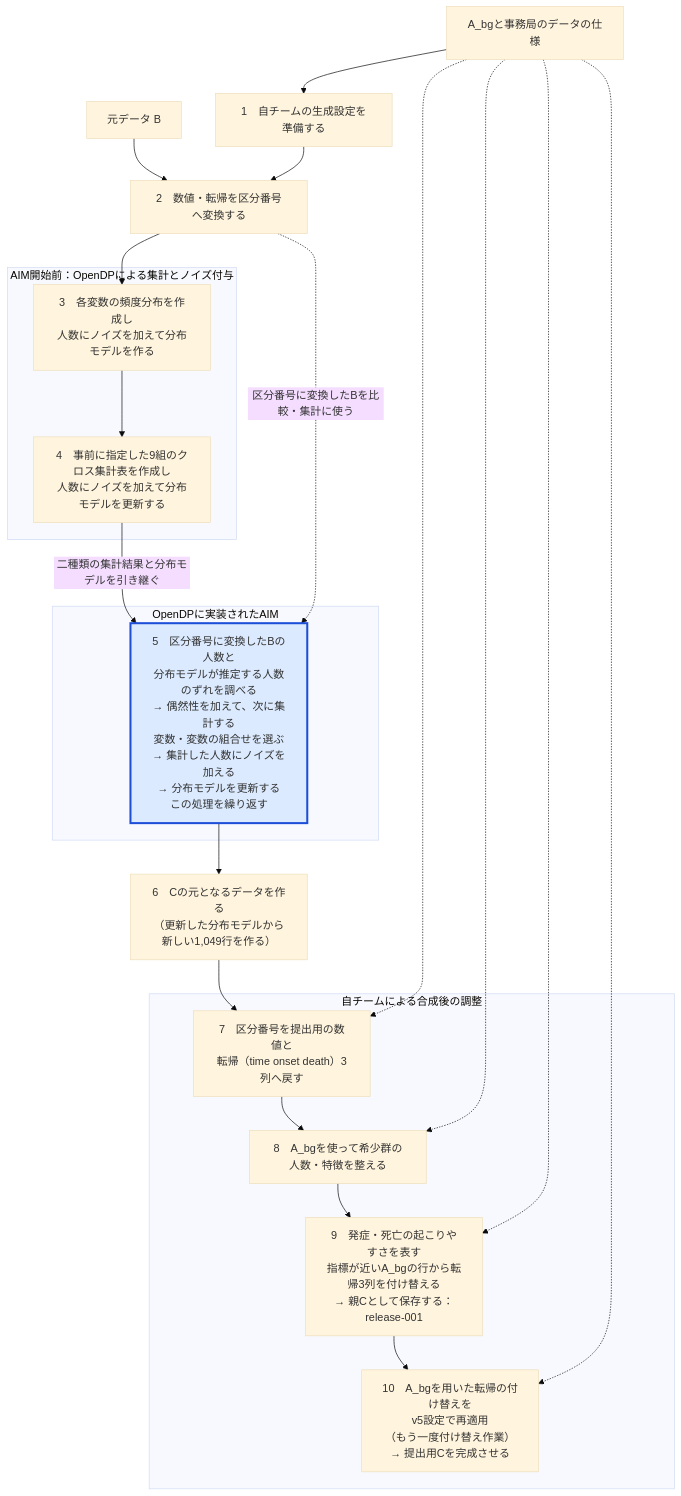
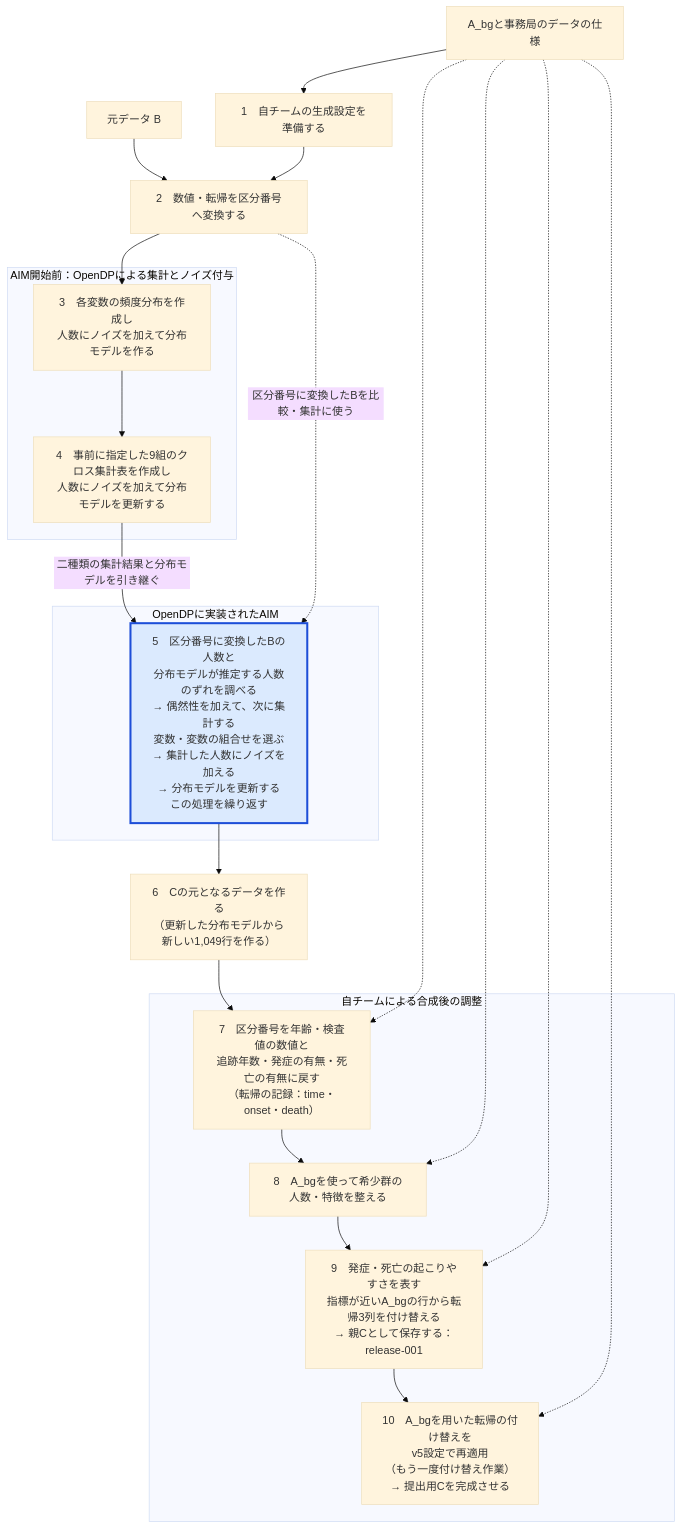
Before and after one commit to tsugiyama0216/pwscup2026-kit-outsider-final: the diagram in prelim/method_explanation/01_anonymization.md, drawn with Mermaid (base theme). The commit also changed other lines of this file, not shown here.

````diff
--- a/prelim/method_explanation/01_anonymization.md
+++ b/prelim/method_explanation/01_anonymization.md
@@ -40,31 +40,31 @@
 ```mermaid
 flowchart TB
   BG["A_bgと事務局のデータの仕様"] --> S1["1　自チームの生成設定を準備する"]
   B[元データ B] --> S2
   S1 --> S2["2　数値・転帰を区分番号へ変換する"]
   subgraph INIT["AIM開始前：OpenDPによる集計とノイズ付与"]
     S3["3　各変数の頻度分布を作成し<br/>人数にノイズを加えて分布モデルを作る"]
     S4["4　事前に指定した9組のクロス集計表を作成し<br/>人数にノイズを加えて分布モデルを更新する"]
     S3 --> S4
   end
   S2 --> S3
   subgraph ADAPT["OpenDPに実装されたAIM"]
     S5["5　区分番号に変換したBの人数と<br/>分布モデルが推定する人数のずれを調べる<br/>→ 偶然性を加えて、次に集計する<br/>変数・変数の組合せを選ぶ<br/>→ 集計した人数にノイズを加える<br/>→ 分布モデルを更新する<br/>この処理を繰り返す"]
   end
   S4 -->|二種類の集計結果と分布モデルを引き継ぐ| S5
   S2 -.->|区分番号に変換したBを比較・集計に使う| S5
   S5 --> S6["6　Cの元となるデータを作る<br/>（更新した分布モデルから新しい1,049行を作る）"]
   subgraph POST[自チームによる合成後の調整]
-    S7["7　区分番号を提出用の数値と<br/>転帰（time onset death）3列へ戻す"]
+    S7["7　区分番号を年齢・検査値の数値と<br/>追跡年数・発症の有無・死亡の有無に戻す<br/>（転帰の記録：time・onset・death）"]
     S8["8　A_bgを使って希少群の人数・特徴を整える"]
     S9["9　発症・死亡の起こりやすさを表す<br/>指標が近いA_bgの行から転帰3列を付け替える<br/>→ 親Cとして保存する：release-001"]
     S10["10　A_bgを用いた転帰の付け替えを<br/>v5設定で再適用<br/>（もう一度付け替え作業）<br/>→ 提出用Cを完成させる"]
     S7 --> S8 --> S9 --> S10
   end
   S6 --> S7
   BG -.-> S7
   BG -.-> S8
   BG -.-> S9
   BG -.-> S10
   style S5 fill:#dbeafe,stroke:#1d4ed8,stroke-width:3px
 ```
````
